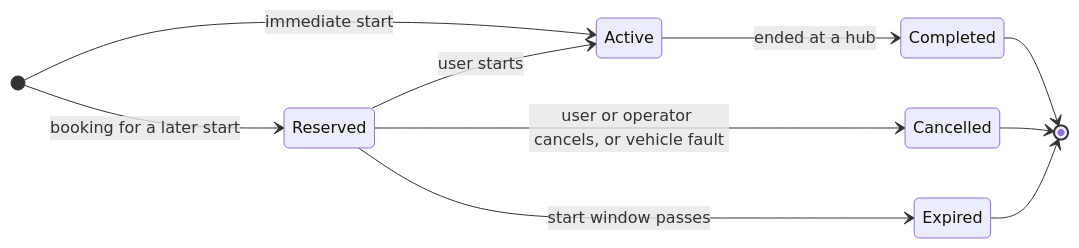
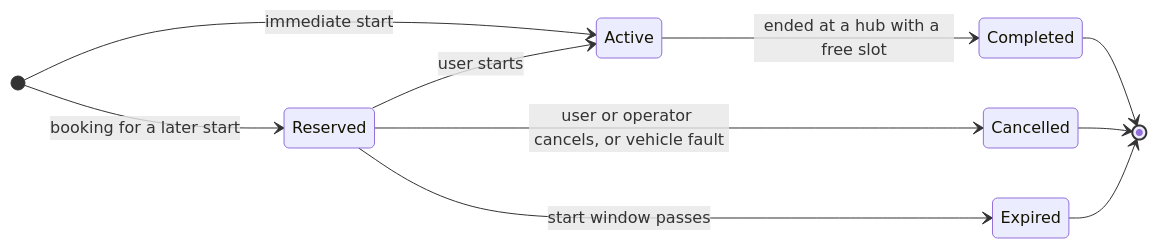
The fourth of 6 diagrams in docs/domain-model.md (Ad-Qualquer-Coisa/TQS-Group-P11), drawn with Mermaid before and after one commit. The commit also changed other lines of this file, not shown here.

````diff
--- a/docs/domain-model.md
+++ b/docs/domain-model.md
@@ -238,13 +287,13 @@
 ```mermaid
 stateDiagram-v2
   direction LR
   [*] --> Reserved : booking for a later start
   [*] --> Active : immediate start
   Reserved --> Active : user starts
   Reserved --> Cancelled : user or operator cancels, or vehicle fault
   Reserved --> Expired : start window passes
-  Active --> Completed : ended at a hub
+  Active --> Completed : ended at a hub with a free slot
   Completed --> [*]
   Cancelled --> [*]
   Expired --> [*]
 ```
````
